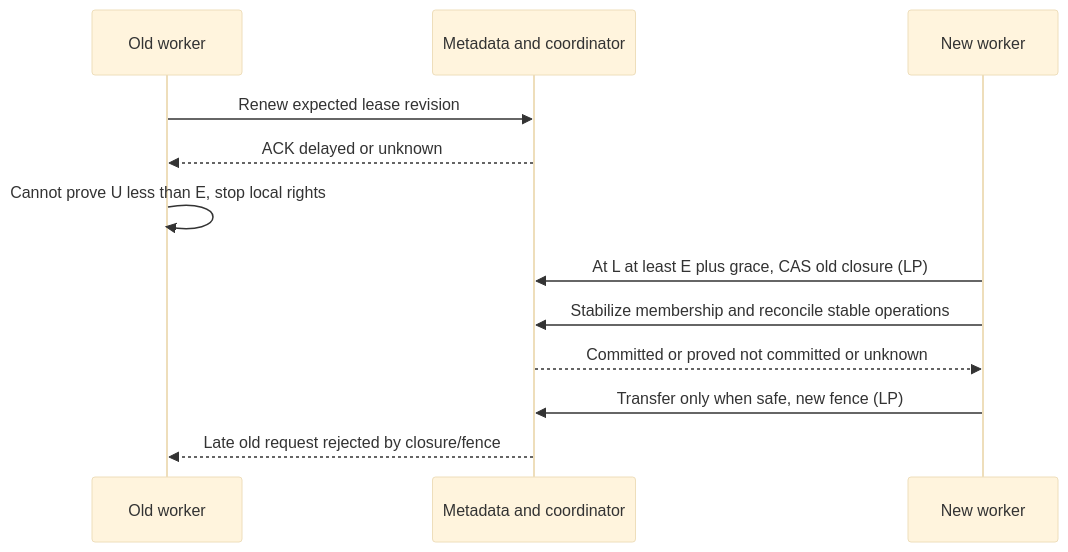
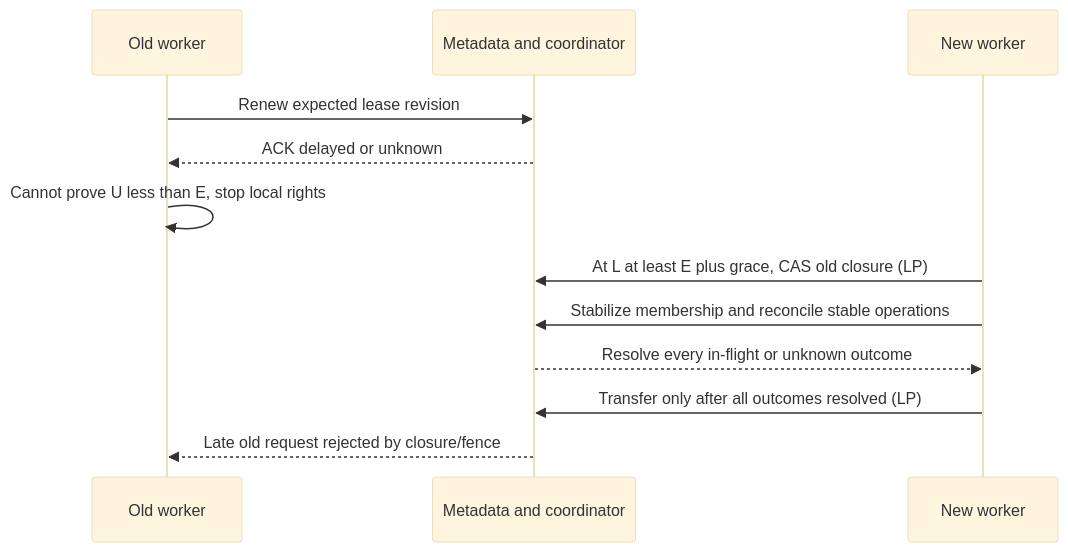
One commit to KinasTomes/miles changed the sixth of 9 diagrams in docs/contracts/r1-and-cache.md. Above: the diagram before and after it, drawn with Mermaid (base theme). The commit also changed other lines of this file and 2 other files, not shown here.

````diff
--- a/docs/contracts/r1-and-cache.md
+++ b/docs/contracts/r1-and-cache.md
@@ -301,14 +313,14 @@
 ```mermaid
 sequenceDiagram
     participant O as Old worker
     participant M as Metadata and coordinator
     participant N as New worker
     O->>M: Renew expected lease revision
     M-->>O: ACK delayed or unknown
     O->>O: Cannot prove U less than E, stop local rights
     N->>M: At L at least E plus grace, CAS old closure (LP)
     N->>M: Stabilize membership and reconcile stable operations
-    M-->>N: Committed or proved not committed or unknown
-    N->>M: Transfer only when safe, new fence (LP)
+    M-->>N: Resolve every in-flight or unknown outcome
+    N->>M: Transfer only after all outcomes resolved (LP)
     M-->>O: Late old request rejected by closure/fence
 ```
````
